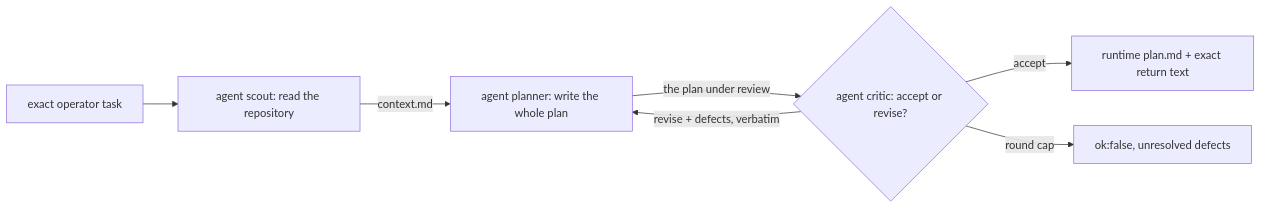
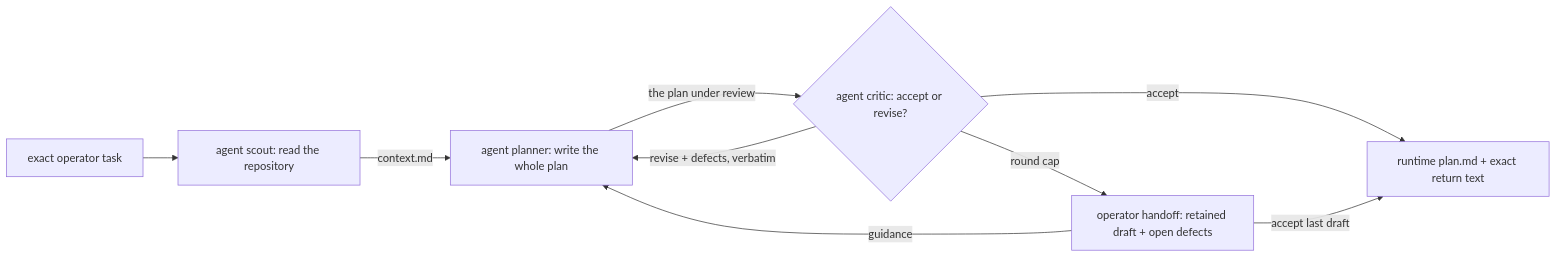
Before and after one commit to kroffske/locus-pi: the first of 2 diagrams in extensions/workflows/examples/plan/README.md, drawn with Mermaid. The commit also changed other lines of this file and 16 other files, not shown here.

````diff
--- a/extensions/workflows/examples/plan/README.md
+++ b/extensions/workflows/examples/plan/README.md
@@ -50,9 +50,11 @@
 ```mermaid
 flowchart LR
     T["exact operator task"] --> S["agent scout: read the repository"]
     S -->|"context.md"| D["agent planner: write the whole plan"]
     D -->|"the plan under review"| K{"agent critic: accept or revise?"}
     K -->|"revise + defects, verbatim"| D
     K -->|"accept"| O["runtime plan.md + exact return text"]
-    K -->|"round cap"| F["ok:false, unresolved defects"]
+    K -->|"round cap"| H["operator handoff: retained draft + open defects"]
+    H -->|"accept last draft"| O
+    H -->|"guidance"| D
 ```
````
